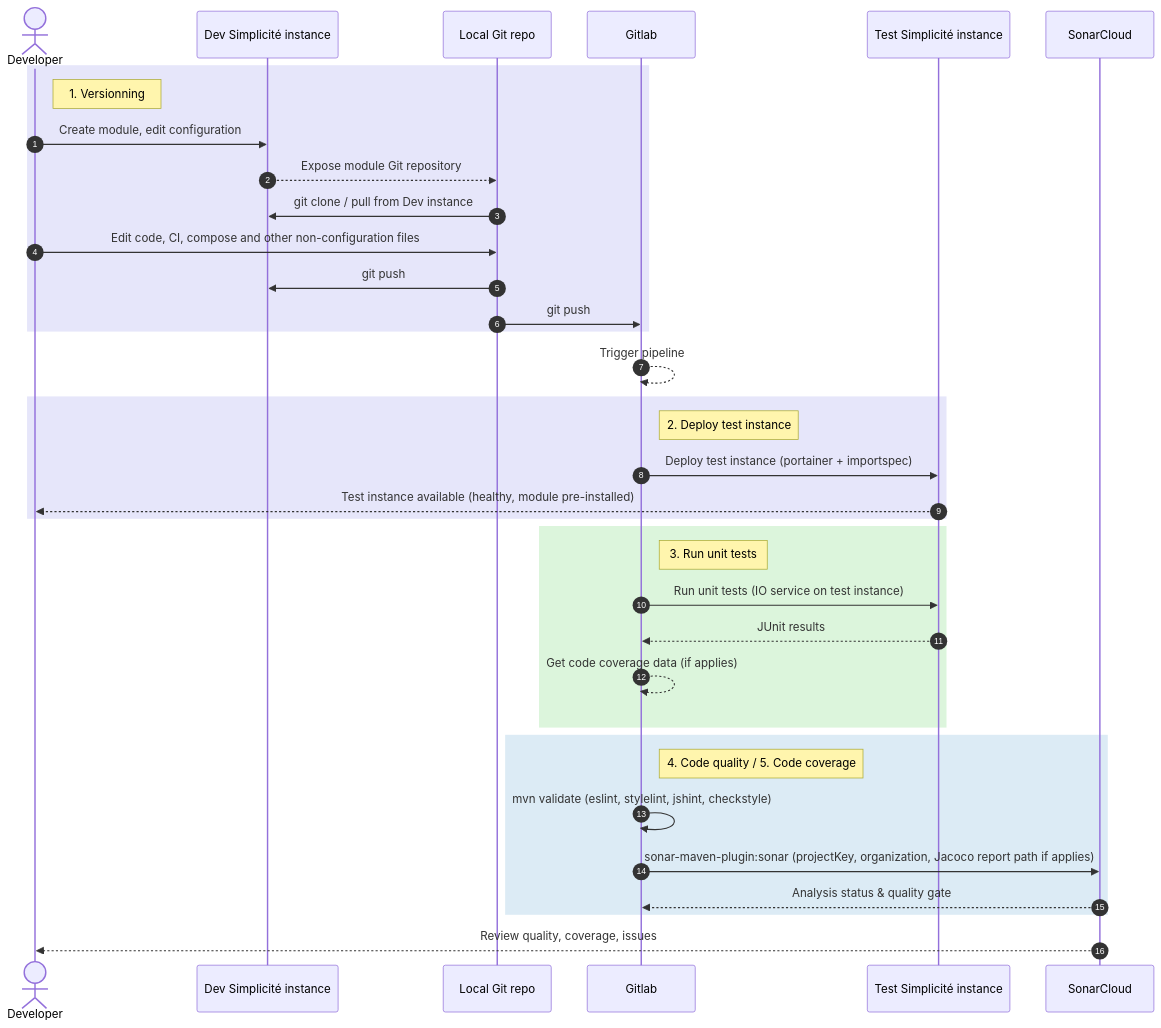
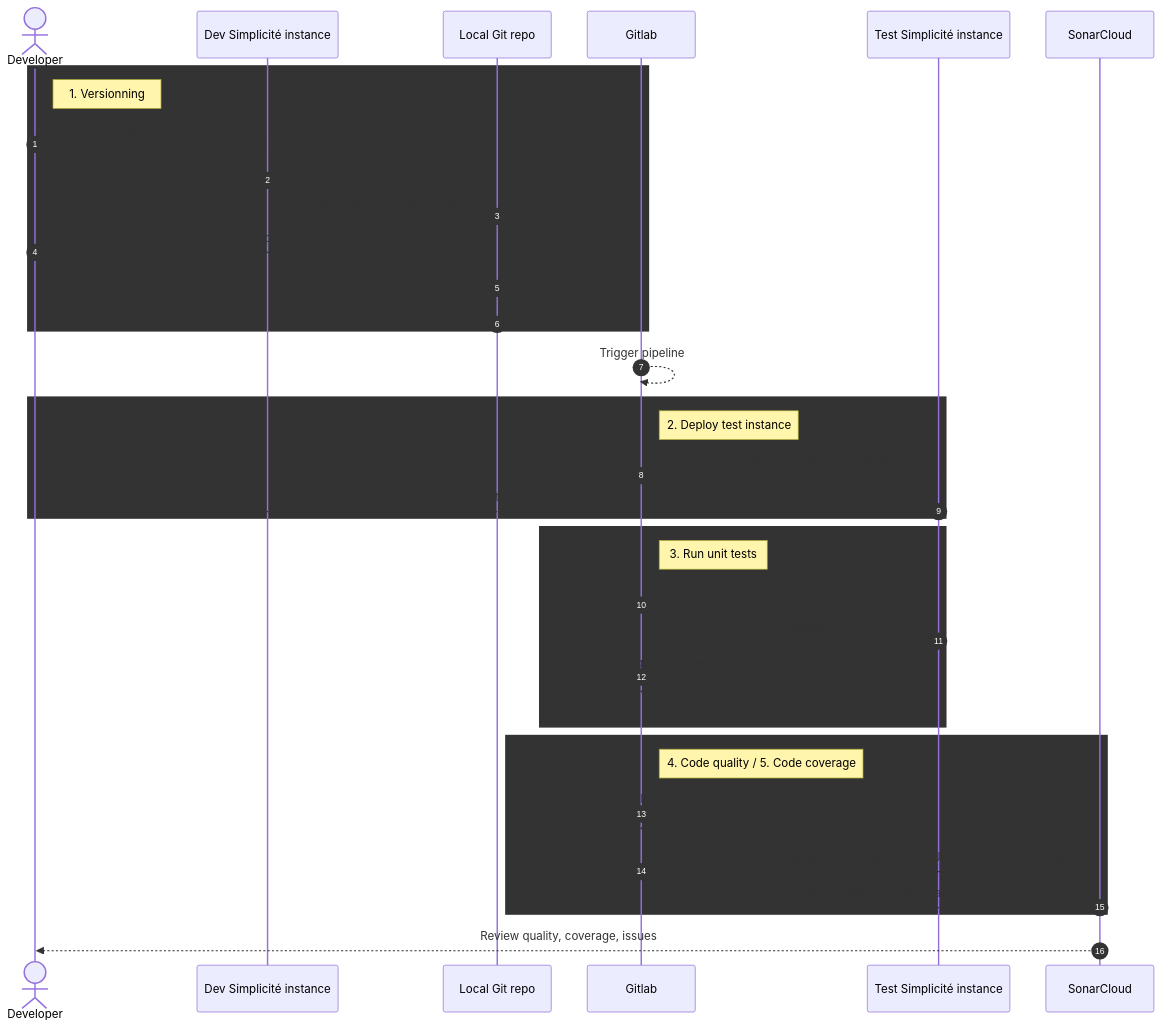
The diagram in docs/docs/devops/cicd.md (simplicitesoftware/documentation), drawn with Mermaid before and after one commit. The commit also changed 2 other files, not shown here.

Commit message:
Variable color on diagrams

````diff
--- a/docs/docs/devops/cicd.md
+++ b/docs/docs/devops/cicd.md
@@ -18,46 +18,46 @@
 ```mermaid
 sequenceDiagram
     autonumber
 
     actor Dev as Developer
     participant DevInst as Dev Simplicité instance
     participant LocalRepo as Local Git repo
     participant Gitlab as Gitlab
     participant TestInst as Test Simplicité instance
     participant Sonar as SonarCloud
 
-    rect rgb(230,230,250)
+    rect mermaid-rect-blue-200
         note right of Dev: 1. Versionning
         Dev->>DevInst: Create module, edit configuration
         DevInst-->>LocalRepo: Expose module Git repository
         LocalRepo->>DevInst: git clone / pull from Dev instance
 
         Dev->>LocalRepo: Edit code, CI, compose and other non-configuration files
         LocalRepo->>DevInst: git push
         LocalRepo->>Gitlab: git push
     end 
 
     Gitlab-->>Gitlab: Trigger pipeline
 
-    rect rgb(230,230,250)
+    rect mermaid-rect-blue-200
         note right of Gitlab: 2. Deploy test instance
         Gitlab->>TestInst: Deploy test instance (portainer + importspec)
         TestInst-->>Dev: Test instance available (healthy, module pre-installed)
     end
 
-    rect rgb(220,245,220)
+    rect mermaid-rect-green-200
         note right of Gitlab: 3. Run unit tests
         Gitlab->>TestInst: Run unit tests (IO service on test instance)
         TestInst-->>Gitlab: JUnit results
         Gitlab-->>Gitlab: Get code coverage data (if applies)
     end
 
-    rect rgb(220,235,245)
+    rect mermaid-rect-blue-300
         note right of Gitlab: 4. Code quality / 5. Code coverage
         Gitlab->>Gitlab: mvn validate (eslint, stylelint, jshint, checkstyle)
         Gitlab->>Sonar: sonar-maven-plugin:sonar (projectKey, organization, Jacoco report path if applies)
         Sonar-->>Gitlab: Analysis status & quality gate
     end
 
     Sonar-->>Dev: Review quality, coverage, issues
 ```
````
